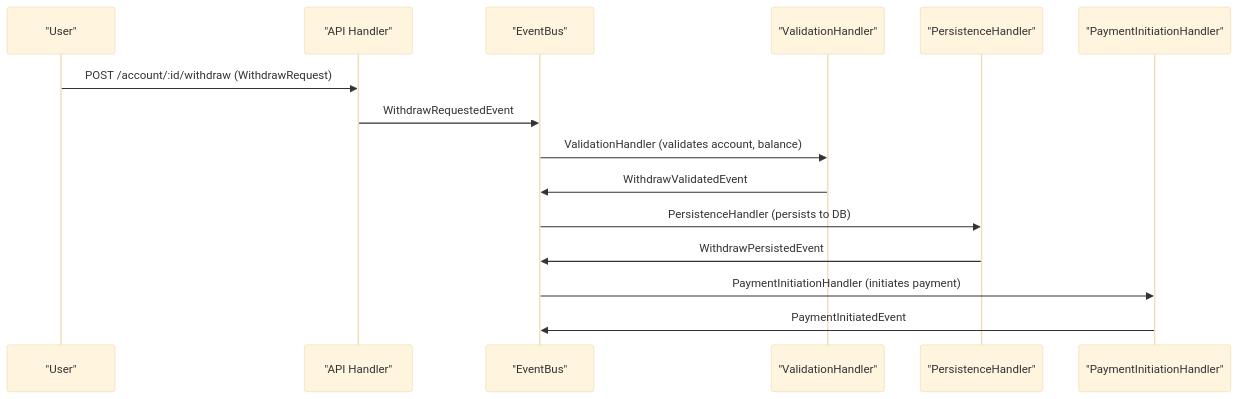
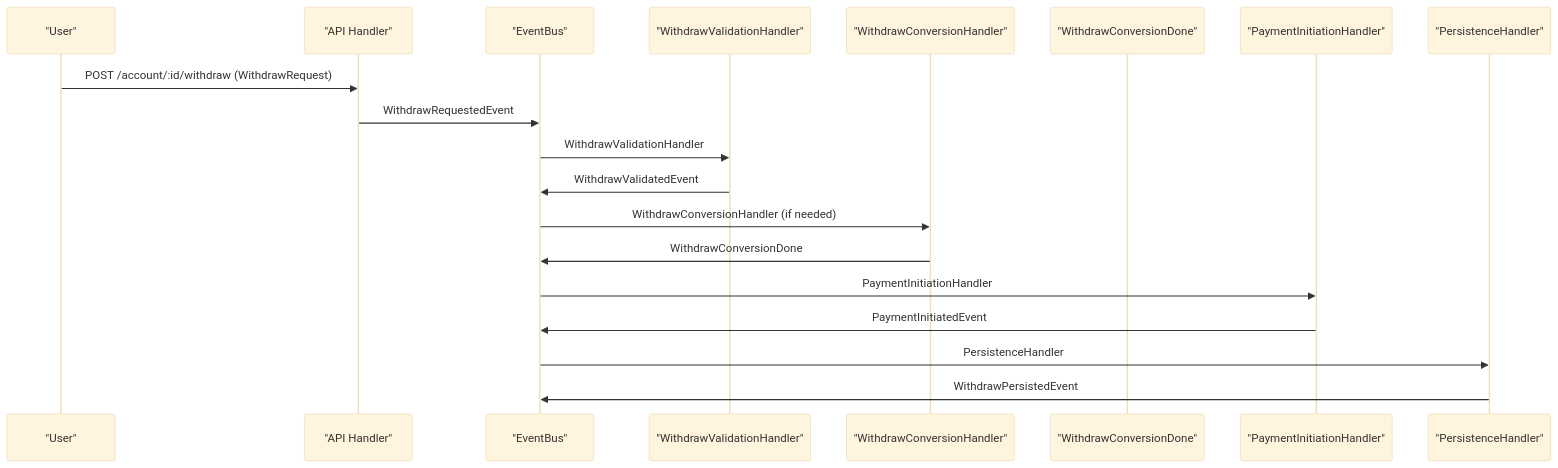
One commit to amirasaad/fintech changed the first of 2 diagrams in docs/refactoring/event-driven-withdraw-flow.md. Above: the diagram before and after it, drawn with Mermaid (base theme). The commit also changed other lines of this file and 2 other files, not shown here.

Commit message:
docs(refactoring): 📚 update event-driven flow documentation for deposit, transfer, and withdraw processes
Enhanced clarity in the event-driven architecture documentation by renaming handlers to reflect their specific roles (e.g., DepositValidationHandler, TransferValidationHandler, WithdrawValidationHandler). Updated sequence diagrams to illustrate the flow of events, emphasizing the separation of conversion and payment initiation to avoid coupling. Added notes to clarify the conditions under which payment initiation occurs in each flow.

````diff
--- a/docs/refactoring/event-driven-withdraw-flow.md
+++ b/docs/refactoring/event-driven-withdraw-flow.md
@@ -18,18 +18,22 @@
 ```mermaid
 sequenceDiagram
     participant U as "User"
     participant API as "API Handler"
     participant EB as "EventBus"
-    participant VH as "ValidationHandler"
+    participant VH as "WithdrawValidationHandler"
+    participant WC as "WithdrawConversionHandler"
+    participant WCD as "WithdrawConversionDone"
+    participant PI as "PaymentInitiationHandler"
     participant P as "PersistenceHandler"
-    participant PP as "PaymentInitiationHandler"
 
     U->>API: POST /account/:id/withdraw (WithdrawRequest)
     API->>EB: WithdrawRequestedEvent
-    EB->>VH: ValidationHandler (validates account, balance)
+    EB->>VH: WithdrawValidationHandler
     VH->>EB: WithdrawValidatedEvent
-    EB->>P: PersistenceHandler (persists to DB)
+    EB->>WC: WithdrawConversionHandler (if needed)
+    WC->>EB: WithdrawConversionDone
+    EB->>PI: PaymentInitiationHandler
+    PI->>EB: PaymentInitiatedEvent
+    EB->>P: PersistenceHandler
     P->>EB: WithdrawPersistedEvent
-    EB->>PP: PaymentInitiationHandler (initiates payment)
-    PP->>EB: PaymentInitiatedEvent
 ```
````
